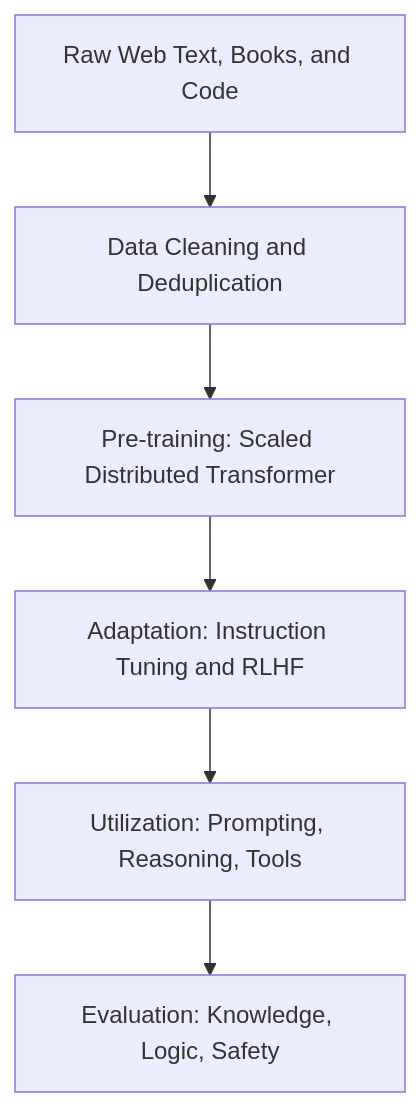
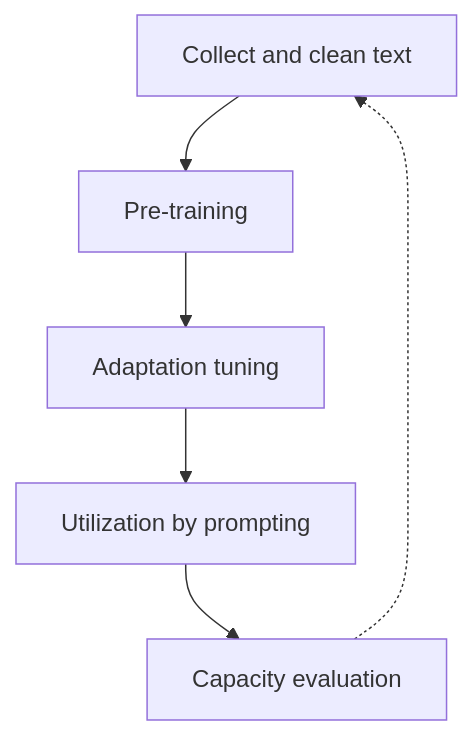
Before and after one commit to Tarunsai08/PaperStack: the diagram in content/papers/a-survey-of-large-language-models.md, drawn with Mermaid. The commit also changed other lines of this file and 7 other files, not shown here.

````diff
--- a/content/papers/a-survey-of-large-language-models.md
+++ b/content/papers/a-survey-of-large-language-models.md
@@ -124,8 +93,8 @@
 ```mermaid
 flowchart TD
-    A[Raw Web Text, Books, and Code] --> B[Data Cleaning and Deduplication]
-    B --> C[Pre-training: Scaled Distributed Transformer]
-    C --> D[Adaptation: Instruction Tuning and RLHF]
-    D --> E[Utilization: Prompting, Reasoning, Tools]
-    E --> F[Evaluation: Knowledge, Logic, Safety]
+  A[Collect and clean text] --> B[Pre-training]
+  B --> C[Adaptation tuning]
+  C --> D[Utilization by prompting]
+  D --> E[Capacity evaluation]
+  E -.-> A
 ```
````
